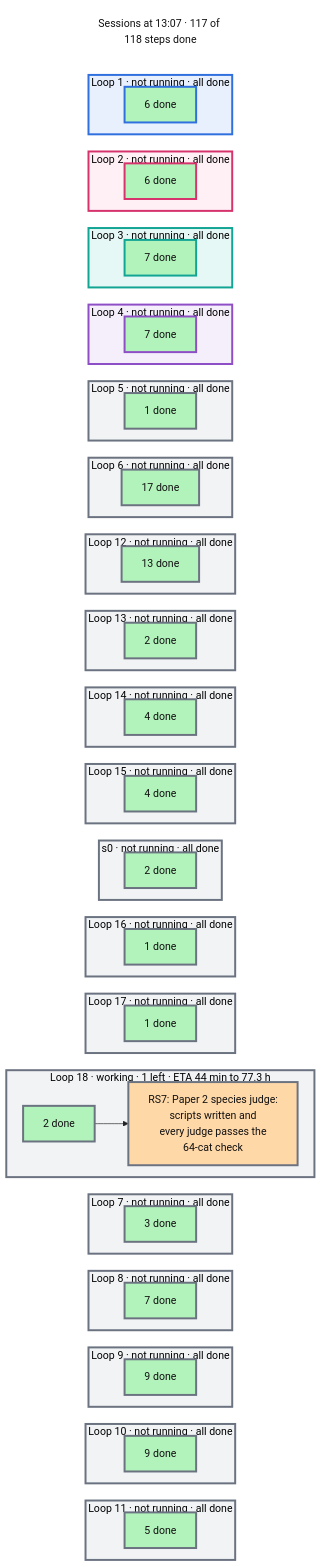
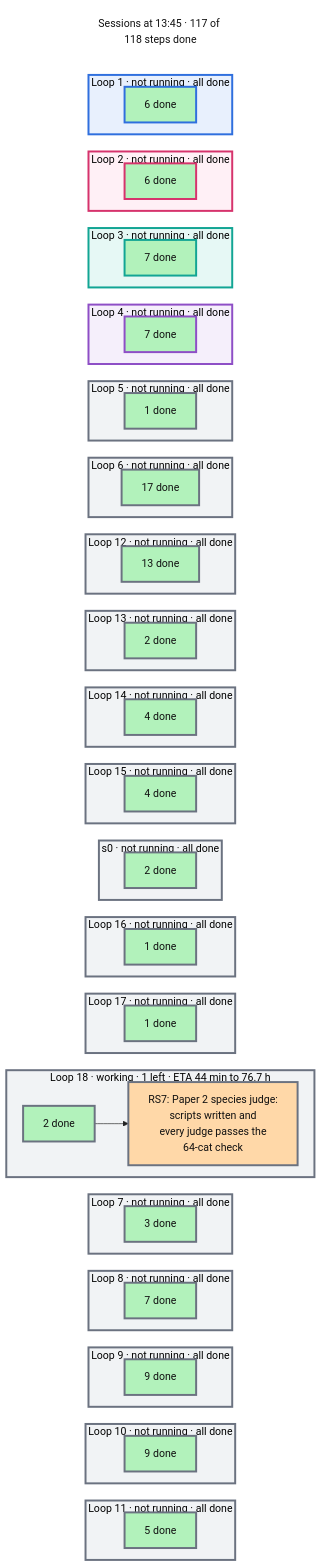
Before and after one commit to mo-rsa24/concept-composition: the diagram in artifacts/notes/progress/sessions.mmd, drawn with Mermaid. The commit also changed 8 other files, not shown here.

```diff
--- a/artifacts/notes/progress/sessions.mmd
+++ b/artifacts/notes/progress/sessions.mmd
@@ -1,124 +1,124 @@
 %%{init: {'theme': 'base', 'themeVariables': {'fontFamily': 'monospace', 'primaryColor': '#ffffff', 'primaryBorderColor': '#222222', 'primaryTextColor': '#111111', 'lineColor': '#222222'}, 'flowchart': {'nodeSpacing': 16, 'rankSpacing': 26}}}%%
 flowchart TB
   classDef done fill:#b2f2bb,color:#111111
   classDef doing fill:#ffd8a8,color:#111111
   classDef todo fill:#e9ecef,color:#111111
   classDef note fill:#ffffff,stroke:#c92a2a,stroke-dasharray:5 5,color:#c92a2a
-  now["Sessions at 13:07 · 117 of 118 steps done"]
+  now["Sessions at 13:45 · 117 of 118 steps done"]
   style now fill:#ffffff,stroke:#ffffff,color:#111111
   subgraph L0["Loop 1 · not running · all done"]
     direction LR
     d0["6 done"]:::done
   end
   subgraph L1["Loop 2 · not running · all done"]
     direction LR
     d1["6 done"]:::done
   end
   subgraph L2["Loop 3 · not running · all done"]
     direction LR
     d2["7 done"]:::done
   end
   subgraph L3["Loop 4 · not running · all done"]
     direction LR
     d3["7 done"]:::done
   end
   subgraph L4["Loop 5 · not running · all done"]
     direction LR
     d4["1 done"]:::done
   end
   subgraph L5["Loop 6 · not running · all done"]
     direction LR
     d5["17 done"]:::done
   end
   subgraph L6["Loop 12 · not running · all done"]
     direction LR
     d6["13 done"]:::done
   end
   subgraph L7["Loop 13 · not running · all done"]
     direction LR
     d7["2 done"]:::done
   end
   subgraph L8["Loop 14 · not running · all done"]
     direction LR
     d8["4 done"]:::done
   end
   subgraph L9["Loop 15 · not running · all done"]
     direction LR
     d9["4 done"]:::done
   end
   subgraph L10["s0 · not running · all done"]
     direction LR
     d10["2 done"]:::done
   end
   subgraph L11["Loop 16 · not running · all done"]
     direction LR
     d11["1 done"]:::done
   end
   subgraph L12["Loop 17 · not running · all done"]
     direction LR
     d12["1 done"]:::done
   end
-  subgraph L13["Loop 18 · working · 1 left · ETA 44 min to 77.3 h"]
+  subgraph L13["Loop 18 · working · 1 left · ETA 44 min to 76.7 h"]
     direction LR
     d13["2 done"]:::done --> n_RS7["RS7: Paper 2 species judge:<br/>scripts written and<br/>every judge passes the<br/>64-cat check"]:::doing
   end
   subgraph L14["Loop 7 · not running · all done"]
     direction LR
     d14["3 done"]:::done
   end
   subgraph L15["Loop 8 · not running · all done"]
     direction LR
     d15["7 done"]:::done
   end
   subgraph L16["Loop 9 · not running · all done"]
     direction LR
     d16["9 done"]:::done
   end
   subgraph L17["Loop 10 · not running · all done"]
     direction LR
     d17["9 done"]:::done
   end
   subgraph L18["Loop 11 · not running · all done"]
     direction LR
     d18["5 done"]:::done
   end
   now ~~~ L0 ~~~ L1 ~~~ L2 ~~~ L3 ~~~ L4 ~~~ L5 ~~~ L6 ~~~ L7 ~~~ L8 ~~~ L9 ~~~ L10 ~~~ L11 ~~~ L12 ~~~ L13 ~~~ L14 ~~~ L15 ~~~ L16 ~~~ L17 ~~~ L18
   style L0 fill:#e8f0fd,stroke:#2f6fde,stroke-width:3px
   style d0 stroke:#2f6fde,stroke-width:3px
   style L1 fill:#fff0f6,stroke:#d6336c,stroke-width:3px
   style d1 stroke:#d6336c,stroke-width:3px
   style L2 fill:#e6f8f5,stroke:#12a594,stroke-width:3px
   style d2 stroke:#12a594,stroke-width:3px
   style L3 fill:#f5effb,stroke:#8e4ec6,stroke-width:3px
   style d3 stroke:#8e4ec6,stroke-width:3px
   style L4 fill:#f1f3f5,stroke:#6b7280,stroke-width:3px
   style d4 stroke:#6b7280,stroke-width:3px
   style L5 fill:#f1f3f5,stroke:#6b7280,stroke-width:3px
   style d5 stroke:#6b7280,stroke-width:3px
   style L6 fill:#f1f3f5,stroke:#6b7280,stroke-width:3px
   style d6 stroke:#6b7280,stroke-width:3px
   style L7 fill:#f1f3f5,stroke:#6b7280,stroke-width:3px
   style d7 stroke:#6b7280,stroke-width:3px
   style L8 fill:#f1f3f5,stroke:#6b7280,stroke-width:3px
   style d8 stroke:#6b7280,stroke-width:3px
   style L9 fill:#f1f3f5,stroke:#6b7280,stroke-width:3px
   style d9 stroke:#6b7280,stroke-width:3px
   style L10 fill:#f1f3f5,stroke:#6b7280,stroke-width:3px
   style d10 stroke:#6b7280,stroke-width:3px
   style L11 fill:#f1f3f5,stroke:#6b7280,stroke-width:3px
   style d11 stroke:#6b7280,stroke-width:3px
   style L12 fill:#f1f3f5,stroke:#6b7280,stroke-width:3px
   style d12 stroke:#6b7280,stroke-width:3px
   style L13 fill:#f1f3f5,stroke:#6b7280,stroke-width:3px
   style d13 stroke:#6b7280,stroke-width:3px
   style n_RS7 stroke:#6b7280,stroke-width:3px
   style L14 fill:#f1f3f5,stroke:#6b7280,stroke-width:3px
   style d14 stroke:#6b7280,stroke-width:3px
   style L15 fill:#f1f3f5,stroke:#6b7280,stroke-width:3px
   style d15 stroke:#6b7280,stroke-width:3px
   style L16 fill:#f1f3f5,stroke:#6b7280,stroke-width:3px
   style d16 stroke:#6b7280,stroke-width:3px
   style L17 fill:#f1f3f5,stroke:#6b7280,stroke-width:3px
   style d17 stroke:#6b7280,stroke-width:3px
   style L18 fill:#f1f3f5,stroke:#6b7280,stroke-width:3px
   style d18 stroke:#6b7280,stroke-width:3px
```
